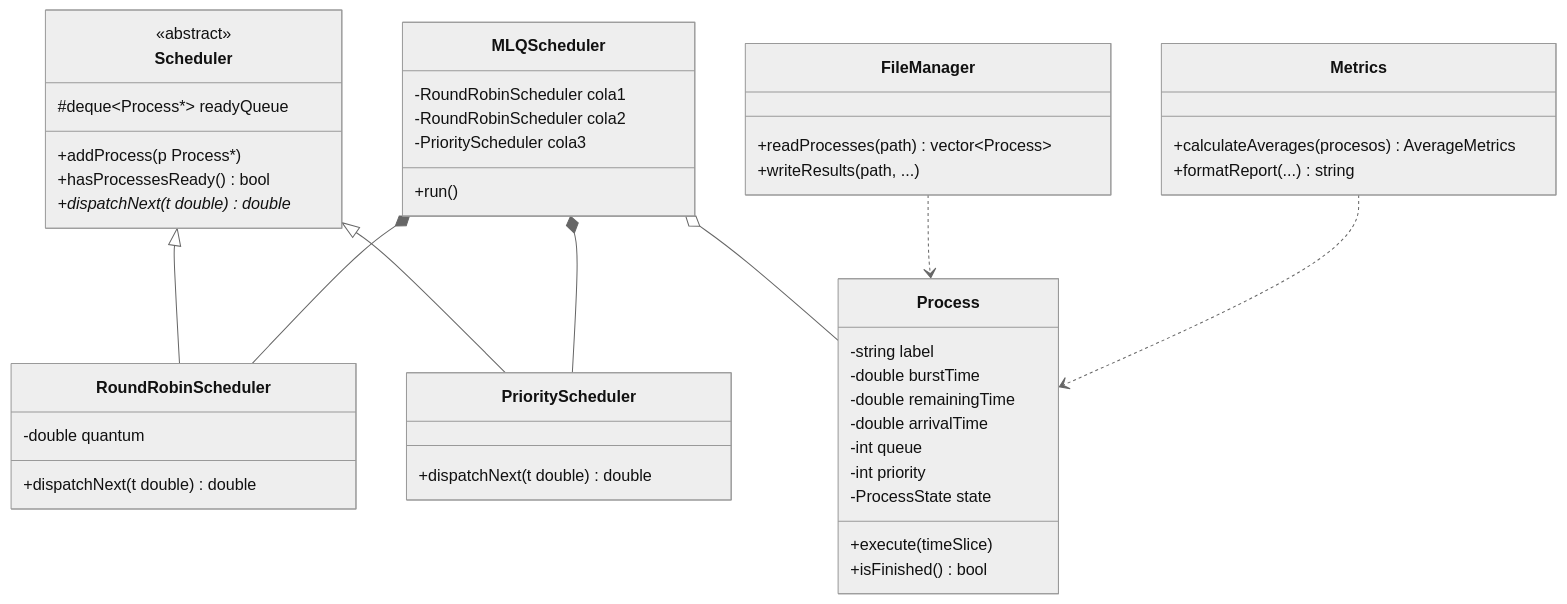
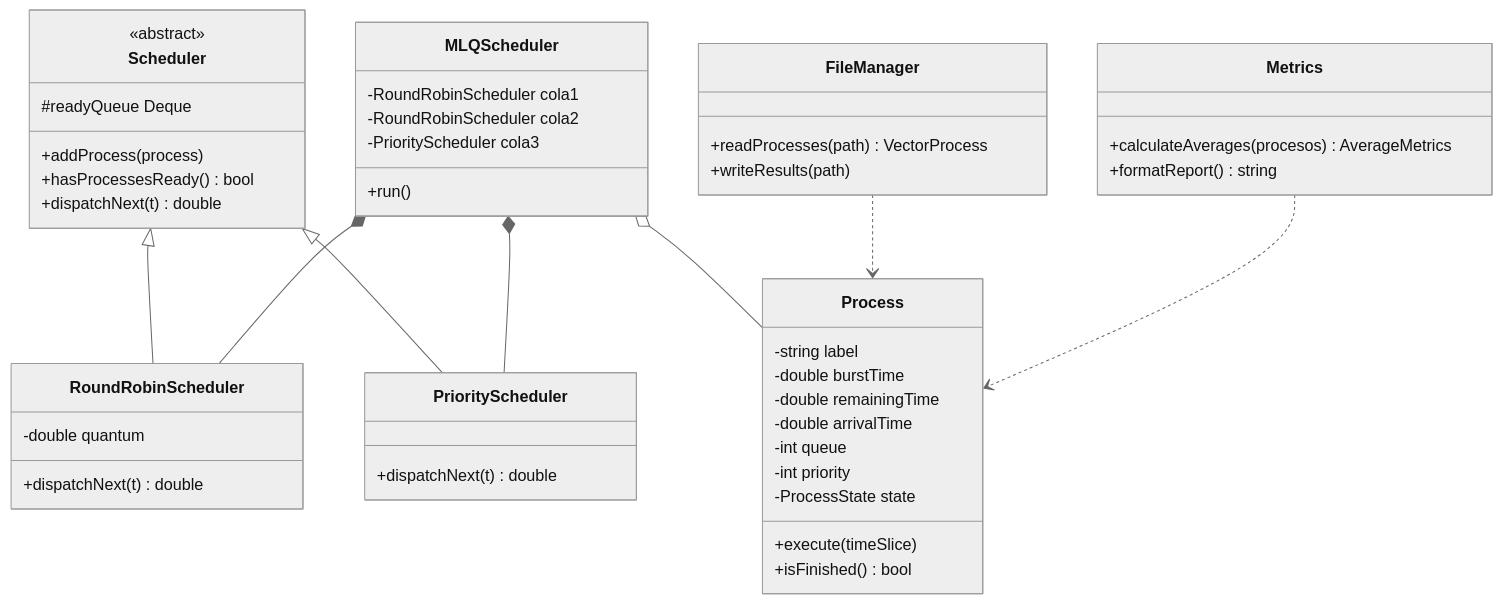
The first of 2 diagrams in README.md (Alejapizasar/MaAlejaPizaSar-code--MLQ-Multilevel-Queue-Scheduling-Parcial-No.-1_SO), drawn with Mermaid (neutral theme) before and after one commit. The commit also changed other lines of this file, not shown here.

Commit message:
Fix: sintaxis de diagrama de clases Mermaid no renderizaba en GitHub

````diff
--- a/README.md
+++ b/README.md
@@ -72,56 +72,56 @@
 ```mermaid
 classDiagram
     class Process {
         -string label
         -double burstTime
         -double remainingTime
         -double arrivalTime
         -int queue
         -int priority
         -ProcessState state
         +execute(timeSlice)
         +isFinished() bool
     }
 
     class Scheduler {
         <<abstract>>
-        #deque~Process*~ readyQueue
-        +addProcess(p Process*)
+        #readyQueue Deque
+        +addProcess(process)
         +hasProcessesReady() bool
-        +dispatchNext(t double)* double
+        +dispatchNext(t) double
     }
 
     class RoundRobinScheduler {
         -double quantum
-        +dispatchNext(t double) double
+        +dispatchNext(t) double
     }
 
     class PriorityScheduler {
-        +dispatchNext(t double) double
+        +dispatchNext(t) double
     }
 
     class MLQScheduler {
         -RoundRobinScheduler cola1
         -RoundRobinScheduler cola2
         -PriorityScheduler cola3
         +run()
     }
 
     class FileManager {
-        +readProcesses(path) vector~Process~
-        +writeResults(path, ...)
+        +readProcesses(path) VectorProcess
+        +writeResults(path)
     }
 
     class Metrics {
         +calculateAverages(procesos) AverageMetrics
-        +formatReport(...) string
+        +formatReport() string
     }
 
     Scheduler <|-- RoundRobinScheduler
     Scheduler <|-- PriorityScheduler
     MLQScheduler *-- RoundRobinScheduler
     MLQScheduler *-- PriorityScheduler
     MLQScheduler o-- Process
     FileManager ..> Process
     Metrics ..> Process
 ```
````
